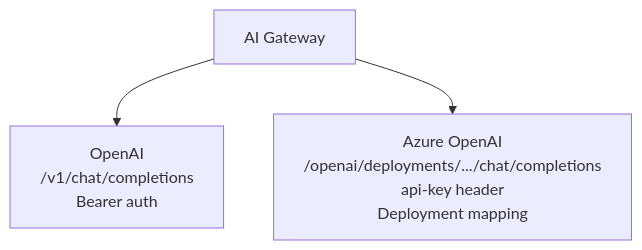
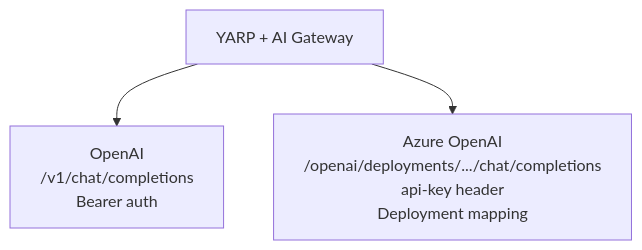
Before and after one commit to jmfloreszazo/yarp_aigateway: the eighth of 8 diagrams in README.md, drawn with Mermaid. The commit also changed other lines of this file and 5 other files, not shown here.

First line of the commit message:
Enhance YARP integration with AI Gateway guardrails

````diff
--- a/README.md
+++ b/README.md
@@ -768,5 +814,5 @@
 ```mermaid
 graph TB
-    GW[AI Gateway] --> OAI[OpenAI<br/>/v1/chat/completions<br/>Bearer auth]
+    GW[YARP + AI Gateway] --> OAI[OpenAI<br/>/v1/chat/completions<br/>Bearer auth]
     GW --> AZ[Azure OpenAI<br/>/openai/deployments/.../chat/completions<br/>api-key header<br/>Deployment mapping]
 ```
````
